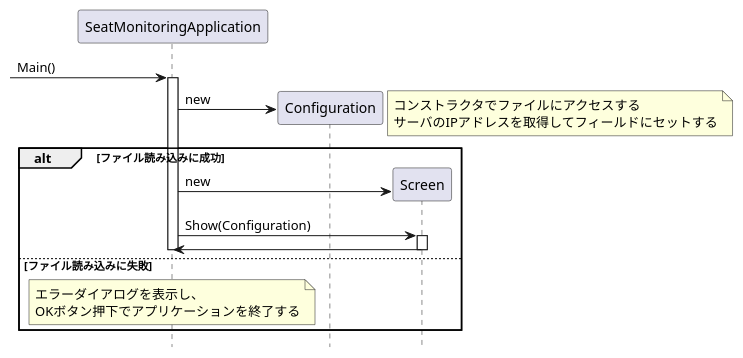
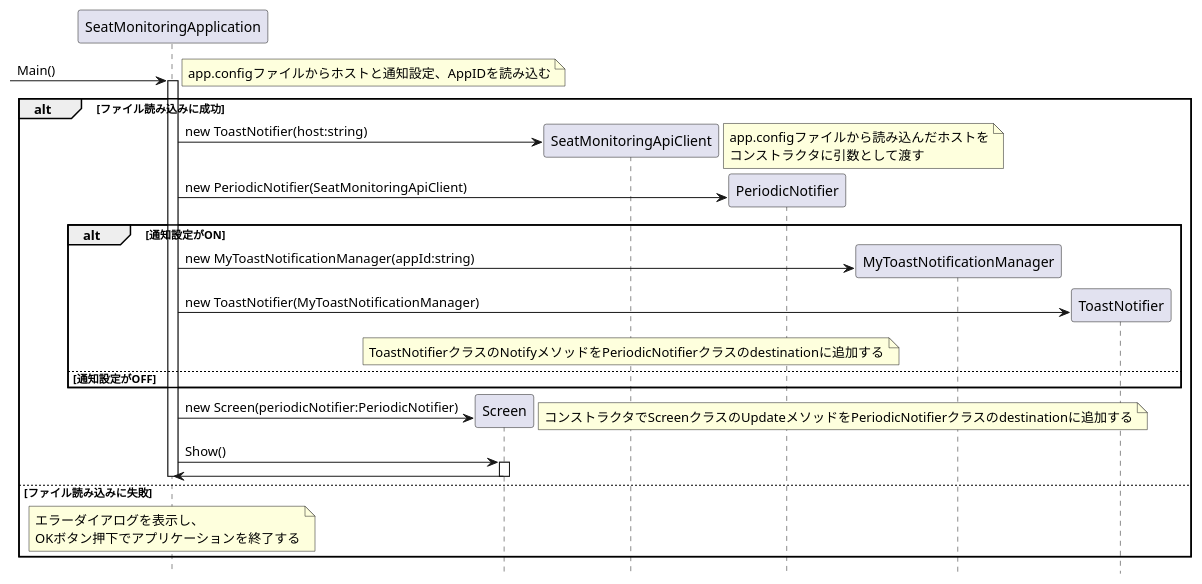
One commit to KeisukeSugita/Seat-monitoring-system changed the diagram in doc/詳細設計/座席監視アプリ起動シーケンス図.pu. Above: the diagram before and after it, drawn with PlantUML. The commit also changed 33 other files, not shown here.

```diff
--- a/doc/詳細設計/座席監視アプリ起動シーケンス図.pu
+++ b/doc/詳細設計/座席監視アプリ起動シーケンス図.pu
@@ -1,32 +1,54 @@
 @startuml 座席監視アプリ起動シーケンス図
 hide footbox
 
 participant "SeatMonitoringApplication" as SeatMonitoringApplication
-participant "Configuration" as Configuration
 participant "Screen" as Screen
 
 -> SeatMonitoringApplication :Main()
 activate SeatMonitoringApplication
-create Configuration
-SeatMonitoringApplication -> Configuration : new
 note right
-	コンストラクタでファイルにアクセスする
-	サーバのIPアドレスを取得してフィールドにセットする
+	app.configファイルからホストと通知設定、AppIDを読み込む
 end note
 
 alt ファイル読み込みに成功
+	create SeatMonitoringApiClient
+	SeatMonitoringApplication -> SeatMonitoringApiClient : new ToastNotifier(host:string)
+	note right
+		app.configファイルから読み込んだホストを
+		コンストラクタに引数として渡す
+	end note
+
+	create PeriodicNotifier
+	SeatMonitoringApplication -> PeriodicNotifier : new PeriodicNotifier(SeatMonitoringApiClient)
+
+	alt 通知設定がON
+		create MyToastNotificationManager
+		SeatMonitoringApplication -> MyToastNotificationManager : new MyToastNotificationManager(appId:string)
+
+		create ToastNotifier
+		SeatMonitoringApplication -> ToastNotifier : new ToastNotifier(MyToastNotificationManager)
+		note over SeatMonitoringApiClient
+			ToastNotifierクラスのNotifyメソッドをPeriodicNotifierクラスのdestinationに追加する
+		end note
+	else 通知設定がOFF
+
+	end
+
 	create Screen
-	SeatMonitoringApplication -> Screen : new
-	SeatMonitoringApplication -> Screen : Show(Configuration)
+	SeatMonitoringApplication -> Screen : new Screen(periodicNotifier:PeriodicNotifier)
+	note right
+		コンストラクタでScreenクラスのUpdateメソッドをPeriodicNotifierクラスのdestinationに追加する
+	end note
+	SeatMonitoringApplication -> Screen : Show()
 	activate Screen
 	SeatMonitoringApplication <- Screen
 	deactivate Screen
 else ファイル読み込みに失敗
 	note over SeatMonitoringApplication
 		エラーダイアログを表示し、
 		OKボタン押下でアプリケーションを終了する
 	end note
 	deactivate SeatMonitoringApplication
 end
 
 @enduml
```
